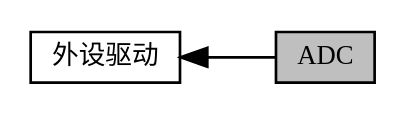
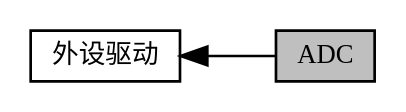
The diagram in group__mwv__if__adc.dot (cuishengen/cuishengen.github.io), drawn with Graphviz before and after one commit. The commit also changed 212 other files, not shown here.

```diff
--- a/group__mwv__if__adc.dot
+++ b/group__mwv__if__adc.dot
@@ -1,9 +1,9 @@
 digraph "ADC"
 {
   edge [fontname="黑体",fontsize="10",labelfontname="黑体",labelfontsize="10"];
-  node [fontname="黑体",fontsize="10",shape=record];
+  node [fontname="黑体",fontsize="10",shape=box];
   rankdir=LR;
-  Node1 [label="外设驱动",height=0.2,width=0.4,color="black", fillcolor="white", style="filled",URL="$group__mwv__service__hardware.html",tooltip="提供基本的硬件操作服务，例如串口、定时器、模数转换 "];
-  Node0 [label="ADC",height=0.2,width=0.4,color="black", fillcolor="grey75", style="filled", fontcolor="black"];
+  Node1 [label="外设驱动",height=0.2,width=0.4,color="black", fillcolor="white", style="filled",URL="$group__mwv__service__hardware.html",tooltip="提供基本的硬件操作服务，例如串口、定时器、模数转换"];
+  Node0 [label="ADC",height=0.2,width=0.4,color="black", fillcolor="grey75", style="filled", fontcolor="black",tooltip=" "];
   Node1->Node0 [shape=plaintext, dir="back", style="solid"];
 }
```
